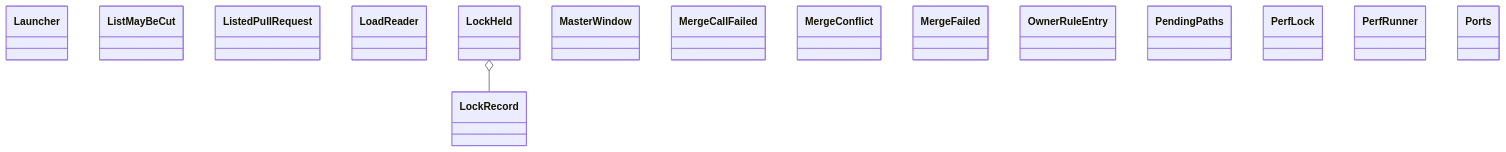
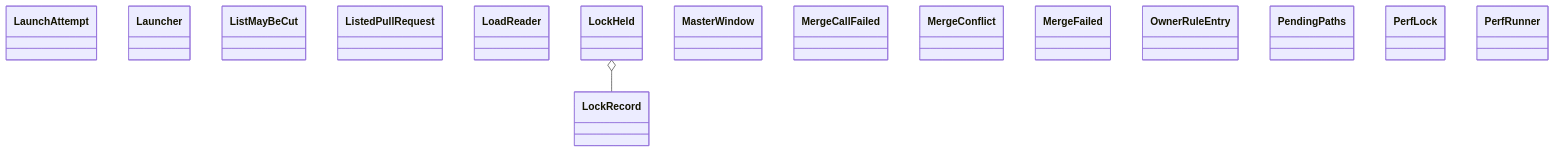
Before and after one commit to GonzaloZevallos/agentic-system: the diagram in docs/architecture/generated/classes-process-application-support-4.md, drawn with Mermaid. The commit also changed other lines of this file and 9 other files, not shown here.

Commit message:
Regenerate the architecture docs for CheckAbandoned and the abandoned keyword

````diff
--- a/docs/architecture/generated/classes-process-application-support-4.md
+++ b/docs/architecture/generated/classes-process-application-support-4.md
@@ -20,19 +20,19 @@
 ```mermaid
 classDiagram
+    class ports__LaunchAttempt["LaunchAttempt"]
     class ports__Launcher["Launcher"]
     class ports__ListMayBeCut["ListMayBeCut"]
     class ports__ListedPullRequest["ListedPullRequest"]
     class ports__LoadReader["LoadReader"]
     class ports__LockHeld["LockHeld"]
     class ports__LockRecord["LockRecord"]
     class ports__MasterWindow["MasterWindow"]
     class ports__MergeCallFailed["MergeCallFailed"]
     class ports__MergeConflict["MergeConflict"]
     class ports__MergeFailed["MergeFailed"]
     class ports__OwnerRuleEntry["OwnerRuleEntry"]
     class ports__PendingPaths["PendingPaths"]
     class ports__PerfLock["PerfLock"]
     class ports__PerfRunner["PerfRunner"]
-    class ports__Ports["Ports"]
     ports__LockHeld o-- ports__LockRecord
 ```
````
